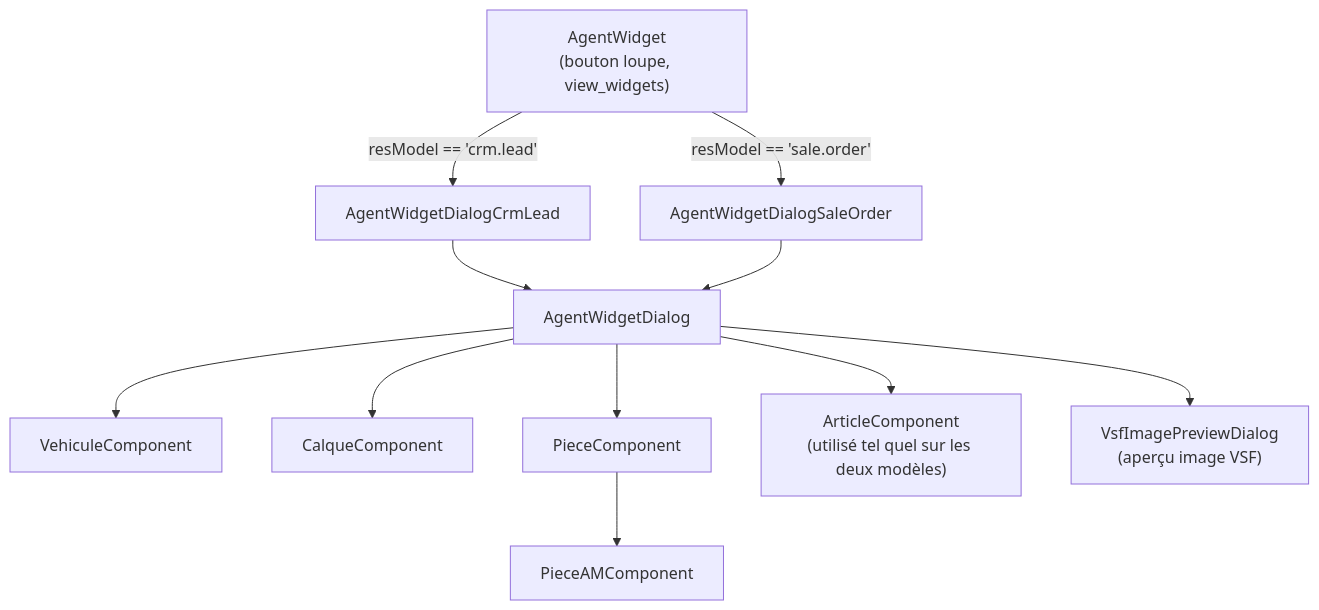
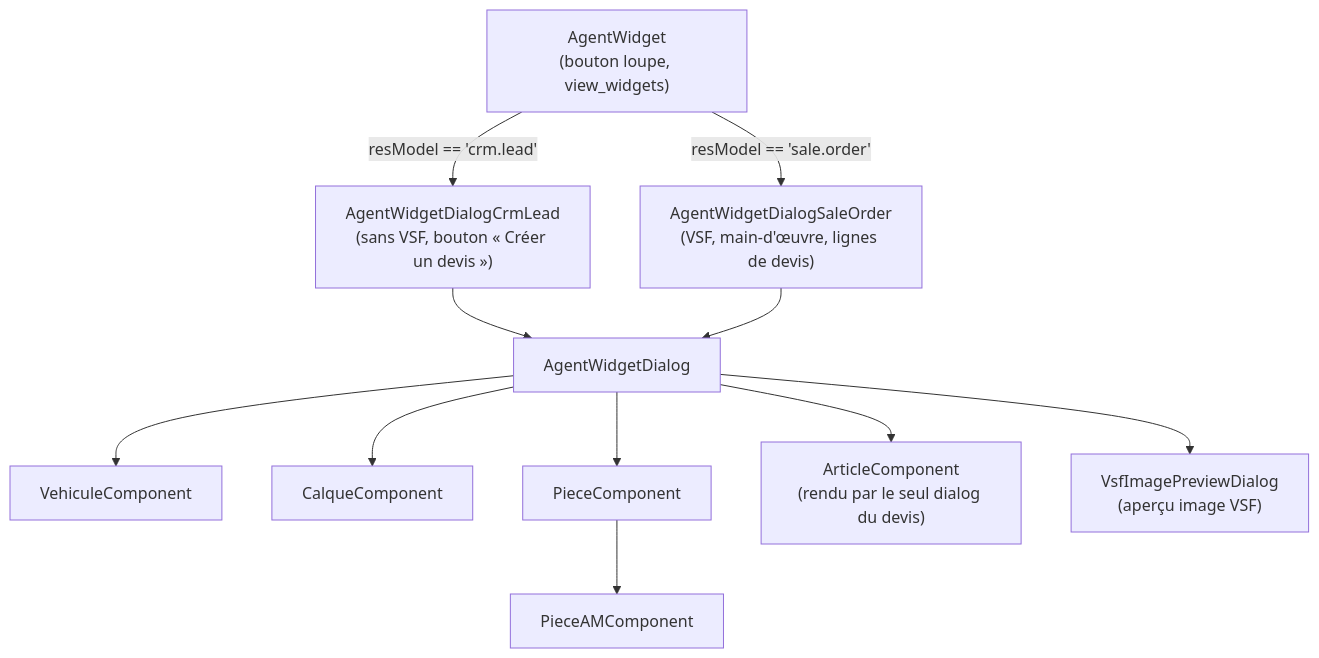
Before and after one commit to rpbmSdk/rpbm: the first of 4 diagrams in rpbm_agent/docs/technique/frontend.md, drawn with Mermaid. The commit also changed other lines of this file and 13 other files, not shown here.

First line of the commit message:
docs(rpbm_agent): documenter Creer un devis depuis l'opportunite (E1) et la recette du build B

````diff
--- a/rpbm_agent/docs/technique/frontend.md
+++ b/rpbm_agent/docs/technique/frontend.md
@@ -48,13 +48,13 @@
 ```mermaid
 flowchart TD
-    AW["AgentWidget<br/>(bouton loupe, view_widgets)"] -->|"resModel == 'crm.lead'"| DCL[AgentWidgetDialogCrmLead]
-    AW -->|"resModel == 'sale.order'"| DSO[AgentWidgetDialogSaleOrder]
+    AW["AgentWidget<br/>(bouton loupe, view_widgets)"] -->|"resModel == 'crm.lead'"| DCL["AgentWidgetDialogCrmLead<br/>(sans VSF, bouton « Créer un devis »)"]
+    AW -->|"resModel == 'sale.order'"| DSO["AgentWidgetDialogSaleOrder<br/>(VSF, main-d'œuvre, lignes de devis)"]
     DCL --> Base[AgentWidgetDialog]
     DSO --> Base
     Base --> VC[VehiculeComponent]
     Base --> CC[CalqueComponent]
     Base --> PC[PieceComponent]
     PC --> PAC[PieceAMComponent]
-    Base --> AC["ArticleComponent<br/>(utilisé tel quel sur les deux modèles)"]
+    Base --> AC["ArticleComponent<br/>(rendu par le seul dialog du devis)"]
     Base --> VIP["VsfImagePreviewDialog<br/>(aperçu image VSF)"]
 ```
````
